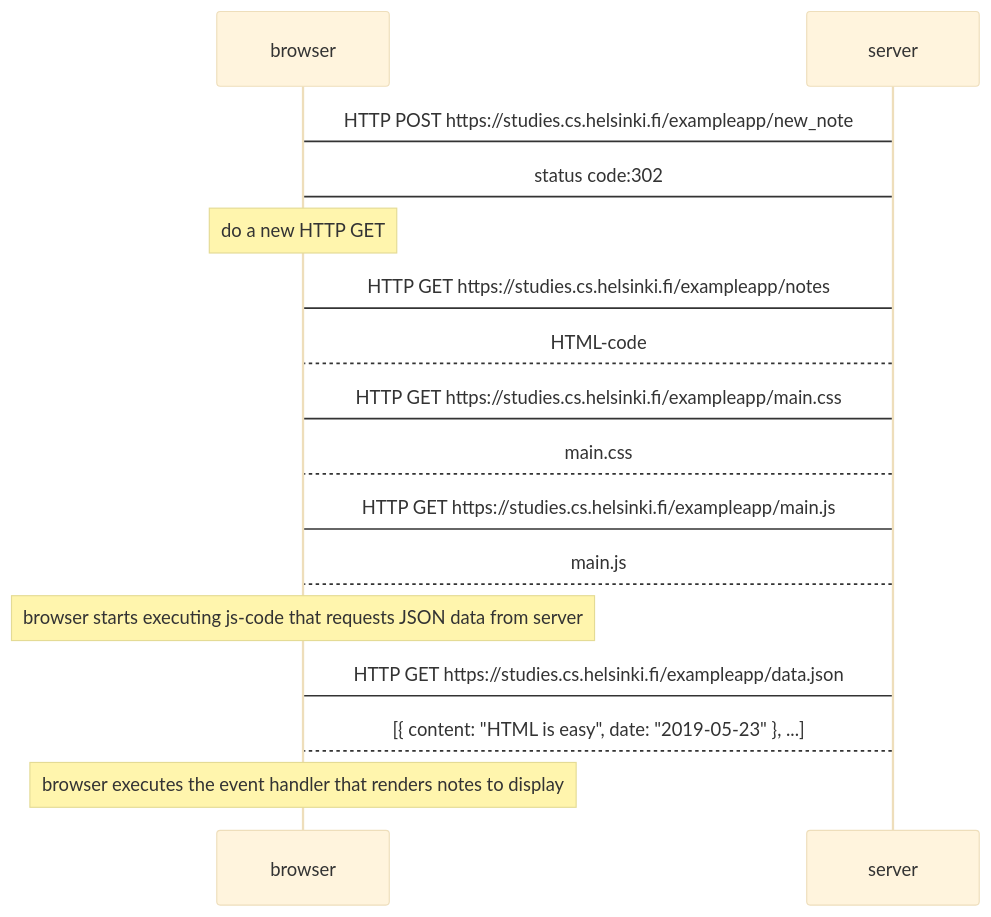
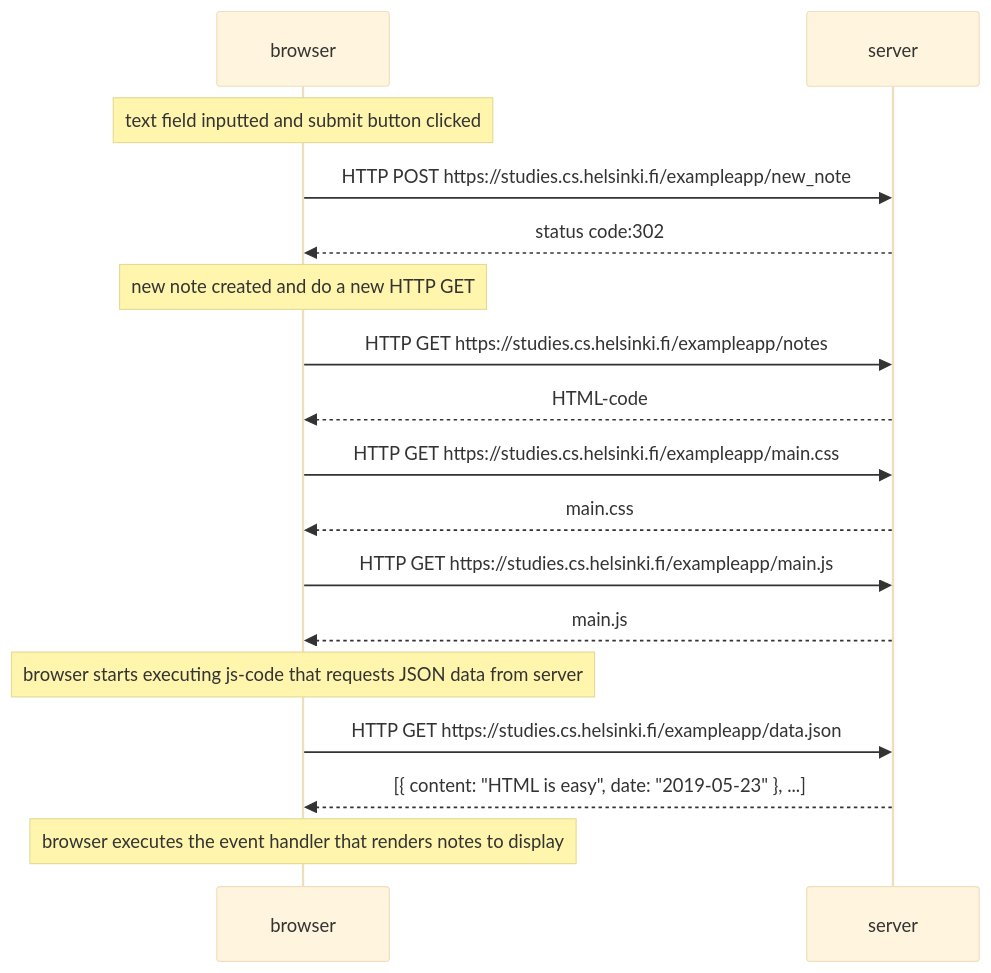
Before and after one commit to ivan00105/Full-Stack-open-2022: the diagram in part0/0_4.md, drawn with Mermaid (base theme).

Commit message:
0.4 modified

````diff
--- a/part0/0_4.md
+++ b/part0/0_4.md
@@ -1,23 +1,25 @@
 ```mermaid
 sequenceDiagram
 
-browser->server: HTTP POST https://studies.cs.helsinki.fi/exampleapp/new_note
-server->browser: status code:302
+note over browser: text field inputted and submit button clicked
 
-note over browser: do a new HTTP GET
+browser->>server: HTTP POST https://studies.cs.helsinki.fi/exampleapp/new_note
+server-->>browser: status code:302
 
-browser->server: HTTP GET https://studies.cs.helsinki.fi/exampleapp/notes
-server-->browser: HTML-code
-browser->server: HTTP GET https://studies.cs.helsinki.fi/exampleapp/main.css
-server-->browser: main.css
-browser->server: HTTP GET https://studies.cs.helsinki.fi/exampleapp/main.js
-server-->browser: main.js
+note over browser: new note created and do a new HTTP GET
+
+browser->>server: HTTP GET https://studies.cs.helsinki.fi/exampleapp/notes
+server-->>browser: HTML-code
+browser->>server: HTTP GET https://studies.cs.helsinki.fi/exampleapp/main.css
+server-->>browser: main.css
+browser->>server: HTTP GET https://studies.cs.helsinki.fi/exampleapp/main.js
+server-->>browser: main.js
 
 note over browser: browser starts executing js-code that requests JSON data from server
 
 
-browser->server: HTTP GET https://studies.cs.helsinki.fi/exampleapp/data.json
-server-->browser: [{ content: "HTML is easy", date: "2019-05-23" }, ...]
+browser->>server: HTTP GET https://studies.cs.helsinki.fi/exampleapp/data.json
+server-->>browser: [{ content: "HTML is easy", date: "2019-05-23" }, ...]
 
 note over browser: browser executes the event handler that renders notes to display
 ```
````
